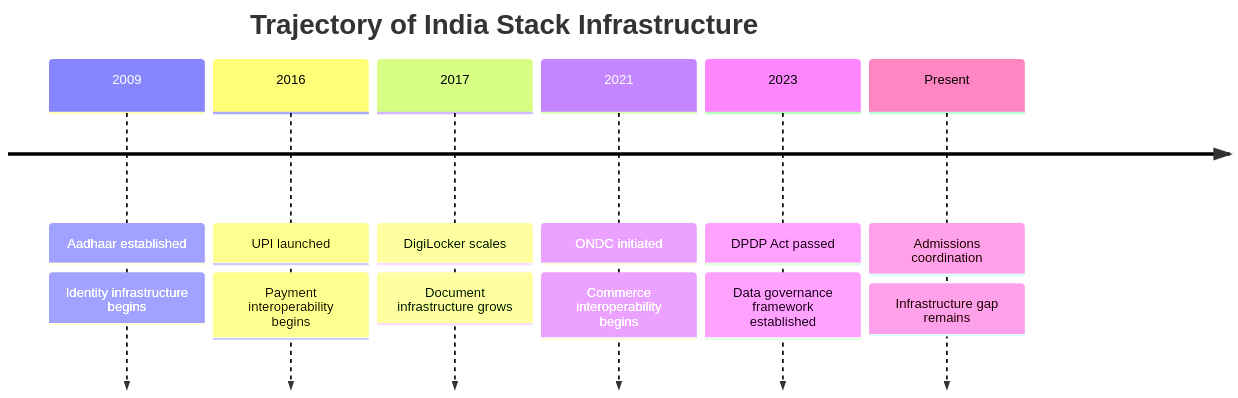
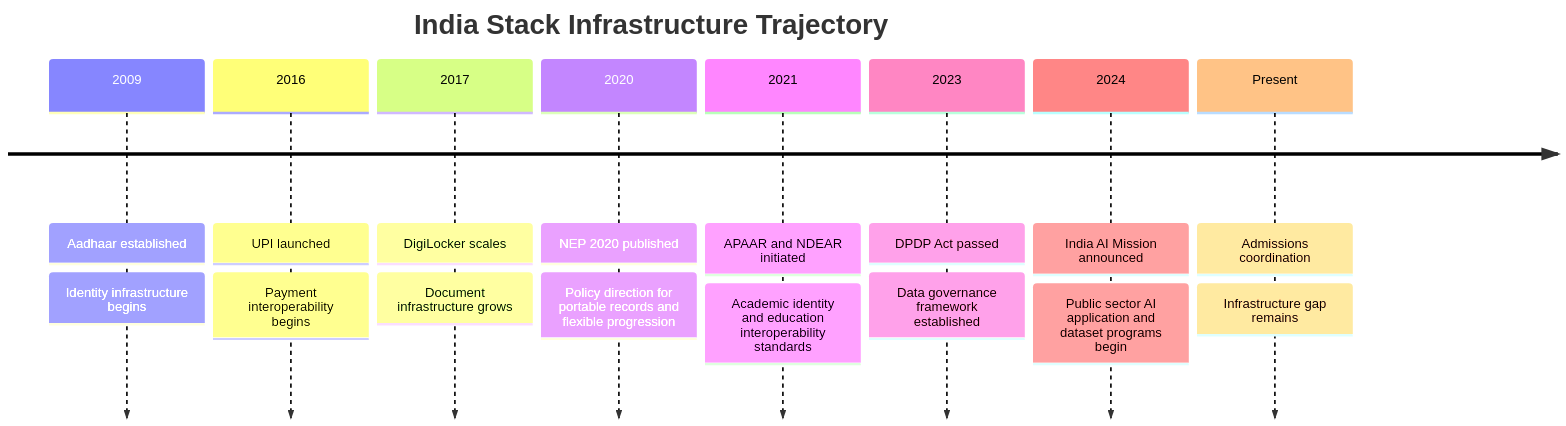
Before and after one commit to aashrutsharma2/docs: the second of 2 diagrams in organizations/national-alignment.mdx, drawn with Mermaid. The commit also changed other lines of this file, not shown here.

````diff
--- a/organizations/national-alignment.mdx
+++ b/organizations/national-alignment.mdx
@@ -100,22 +174,28 @@
 ```mermaid
 timeline
-    title Trajectory of India Stack Infrastructure
+    title India Stack Infrastructure Trajectory
 
     2009 : Aadhaar established
          : Identity infrastructure begins
 
     2016 : UPI launched
          : Payment interoperability begins
 
     2017 : DigiLocker scales
          : Document infrastructure grows
 
-    2021 : ONDC initiated
-         : Commerce interoperability begins
+    2020 : NEP 2020 published
+         : Policy direction for portable records and flexible progression
+
+    2021 : APAAR and NDEAR initiated
+         : Academic identity and education interoperability standards
 
     2023 : DPDP Act passed
          : Data governance framework established
 
+    2024 : India AI Mission announced
+         : Public sector AI application and dataset programs begin
+
     Present : Admissions coordination
             : Infrastructure gap remains
 ```
````
